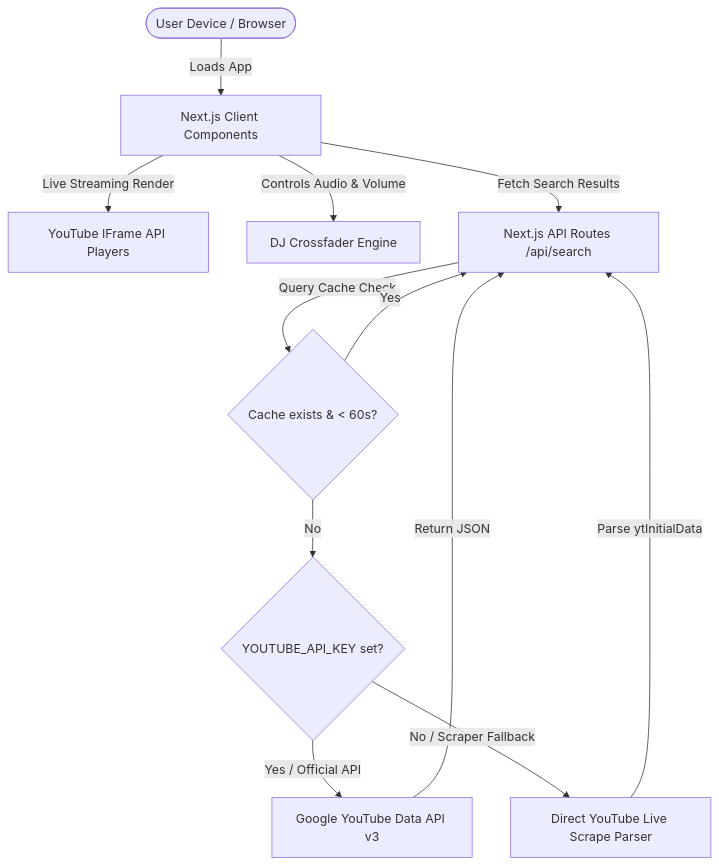
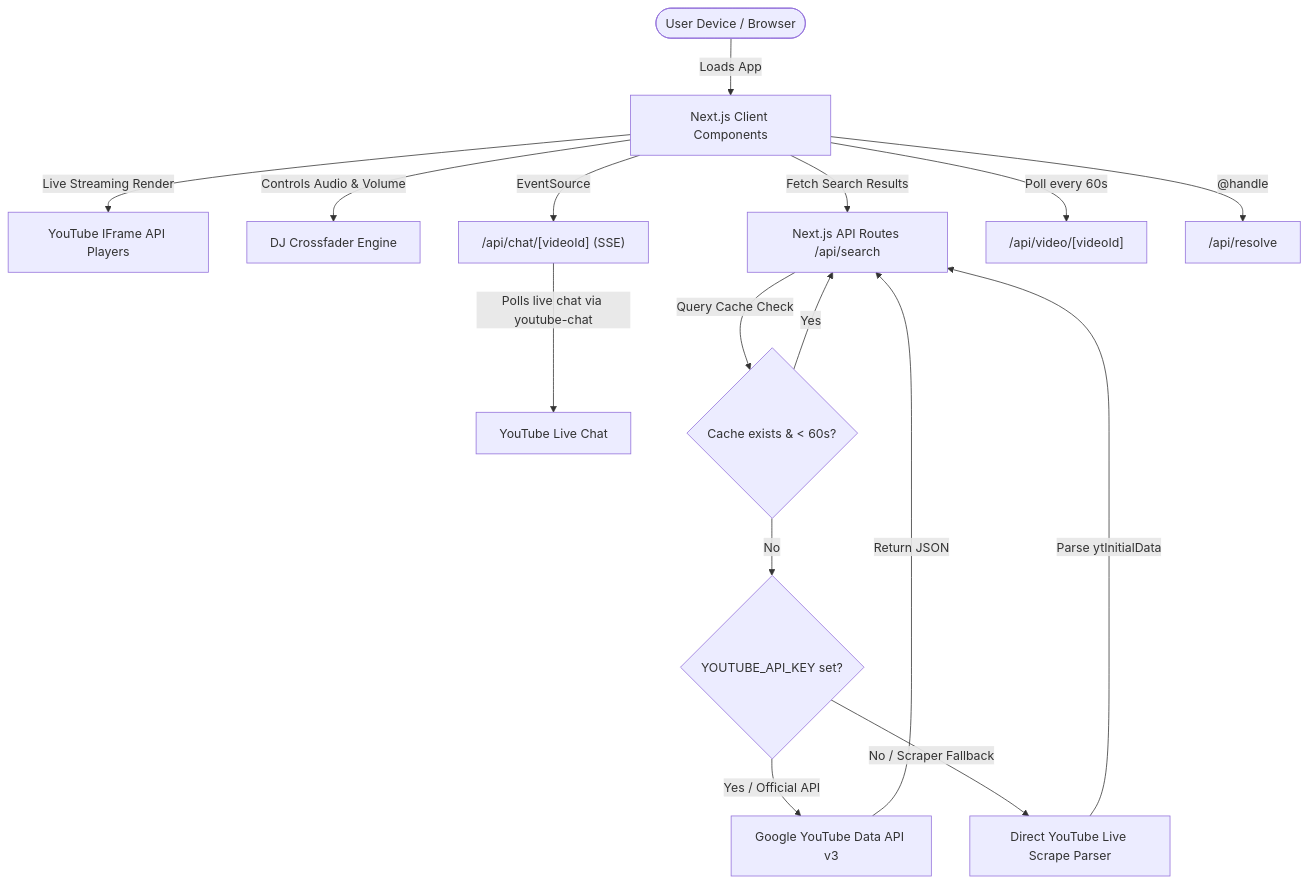
One commit to fa33az/doublewatch changed the diagram in README.md. Above: the diagram before and after it, drawn with Mermaid. The commit also changed other lines of this file and 59 other files, not shown here.

````diff
--- a/README.md
+++ b/README.md
@@ -11,17 +11,21 @@
 ```mermaid
 graph TD
   User([User Device / Browser]) -->|Loads App| NextClient[Next.js Client Components]
   NextClient -->|Live Streaming Render| YouTubeEmbed[YouTube IFrame API Players]
   NextClient -->|Controls Audio & Volume| AudioMixer[DJ Crossfader Engine]
   NextClient -->|Fetch Search Results| NextAPI[Next.js API Routes /api/search]
+  NextClient -->|EventSource| ChatAPI["/api/chat/[videoId] (SSE)"]
+  ChatAPI -->|Polls live chat via youtube-chat| YTChat[YouTube Live Chat]
+  NextClient -->|Poll every 60s| VideoAPI["/api/video/[videoId]"]
+  NextClient -->|"@handle"| ResolveAPI["/api/resolve"]
   
   NextAPI -->|Query Cache Check| CacheCheck{Cache exists & < 60s?}
   CacheCheck -->|Yes| NextAPI
   CacheCheck -->|No| YTFetch{YOUTUBE_API_KEY set?}
   
   YTFetch -->|Yes / Official API| YTDataAPI[Google YouTube Data API v3]
   YTFetch -->|No / Scraper Fallback| YTScrape[Direct YouTube Live Scrape Parser]
   
   YTDataAPI -->|Return JSON| NextAPI
   YTScrape -->|Parse ytInitialData| NextAPI
 ```
````
